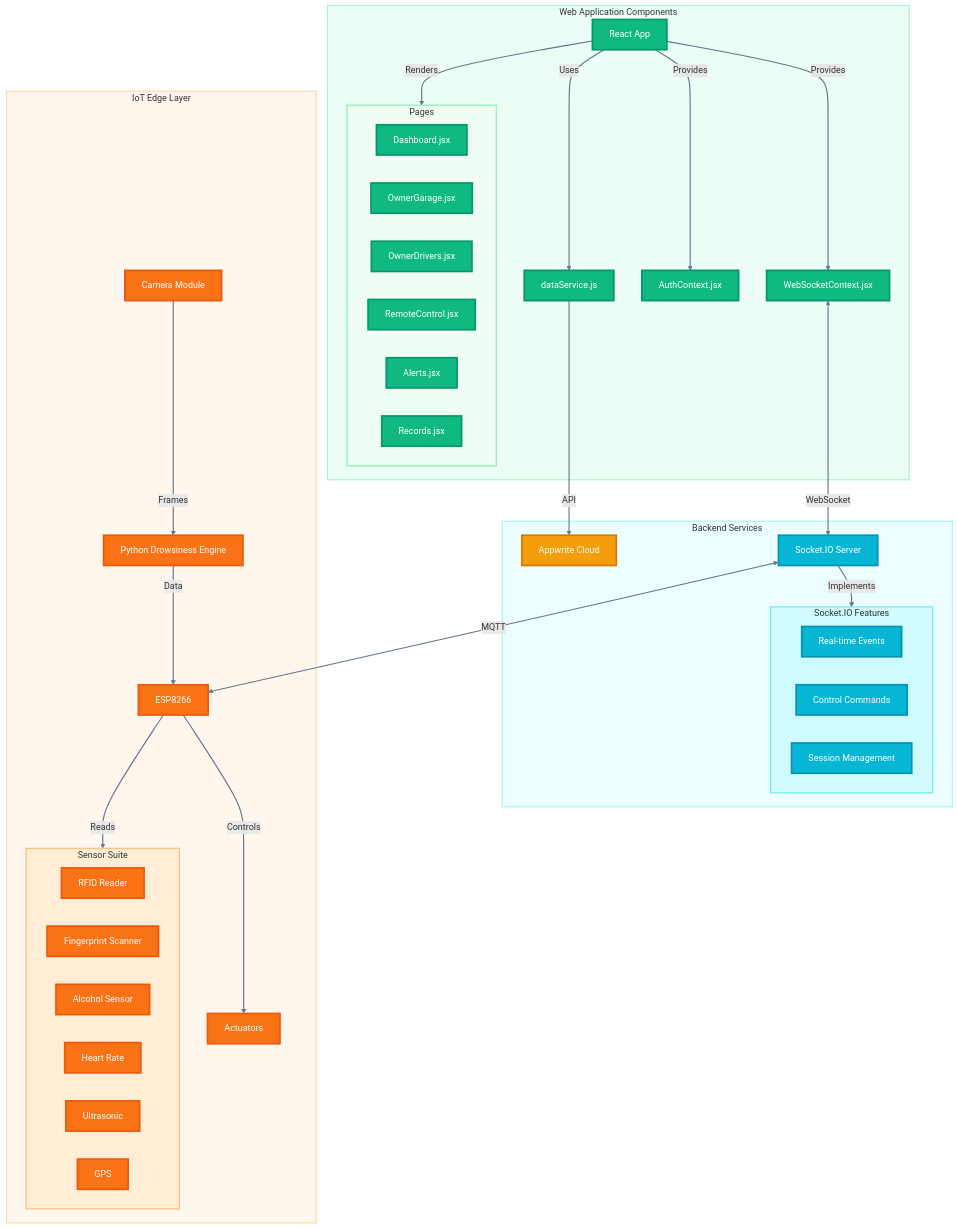
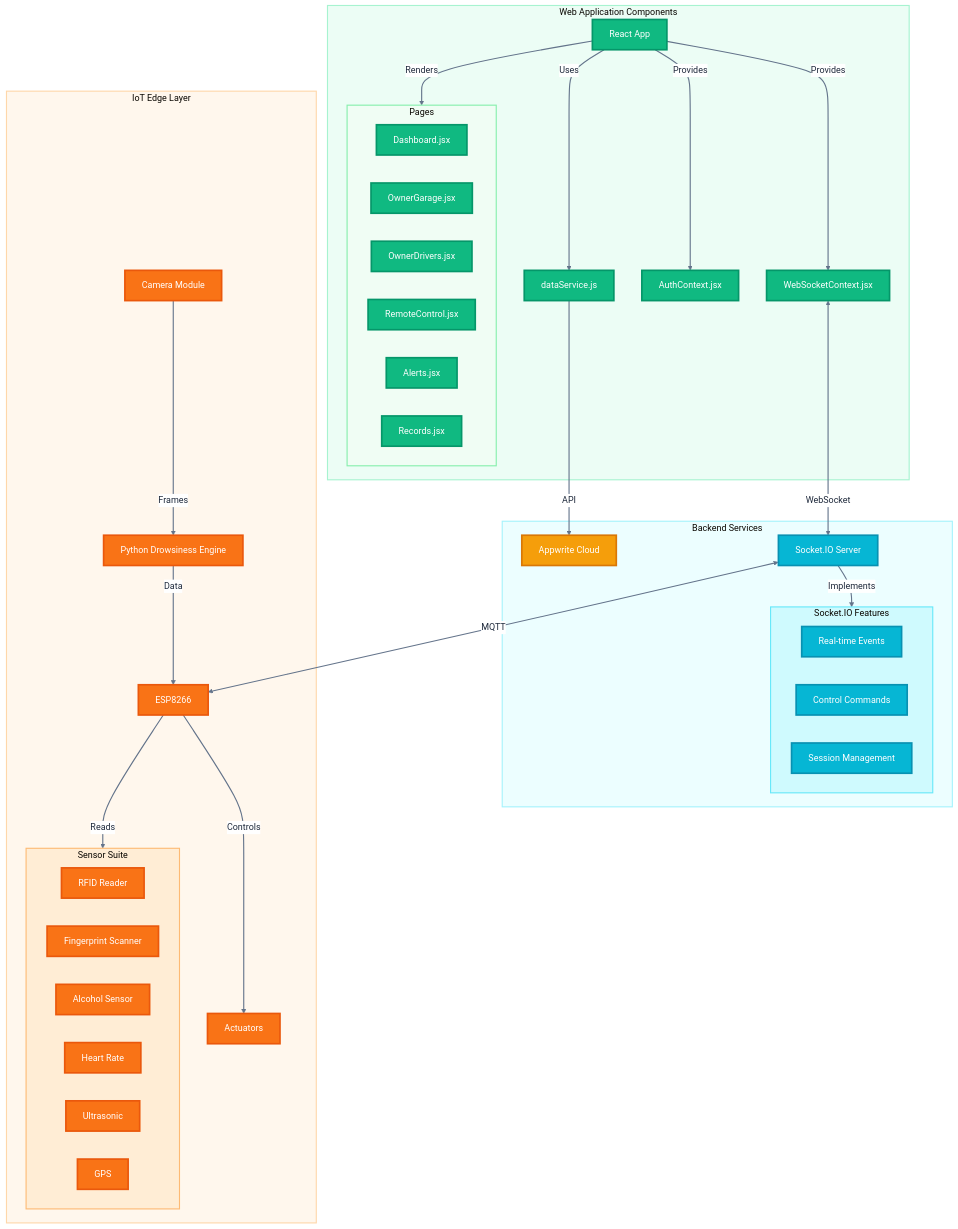
Before and after one commit to maheshshinde9100/SafePilot: the second of 4 diagrams in README.md, drawn with Mermaid. The commit also changed other lines of this file, not shown here.

Commit message:
enhance mermaid diagrams with theme variables for improved readability

````diff
--- a/README.md
+++ b/README.md
@@ -108,4 +117,13 @@
 ```mermaid
+%%{init: {
+  'theme': 'base',
+  'themeVariables': {
+    'textColor': '#1e293b',
+    'primaryTextColor': '#1e293b',
+    'lineColor': '#64748b',
+    'edgeLabelBackground': '#ffffff'
+  }
+}}%%
 graph TB
     %% Styles
     classDef webapp fill:#10b981,stroke:#059669,color:#ffffff,stroke-width:3px;
````
